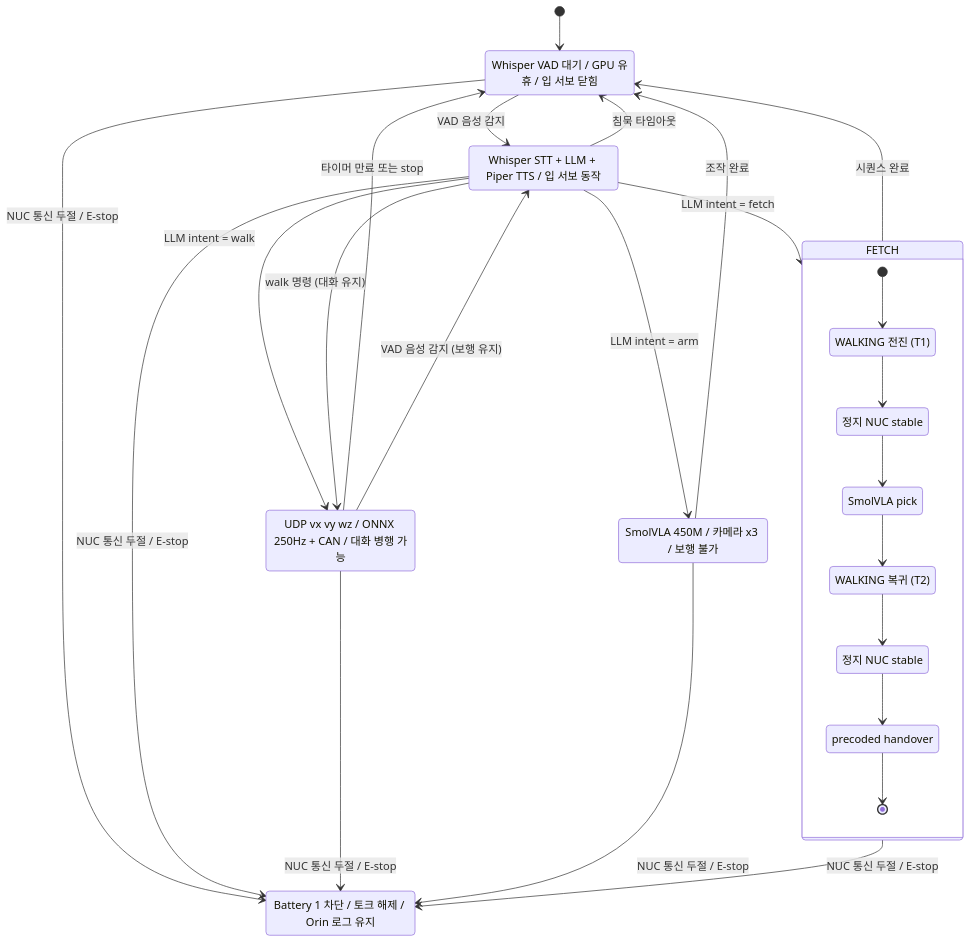
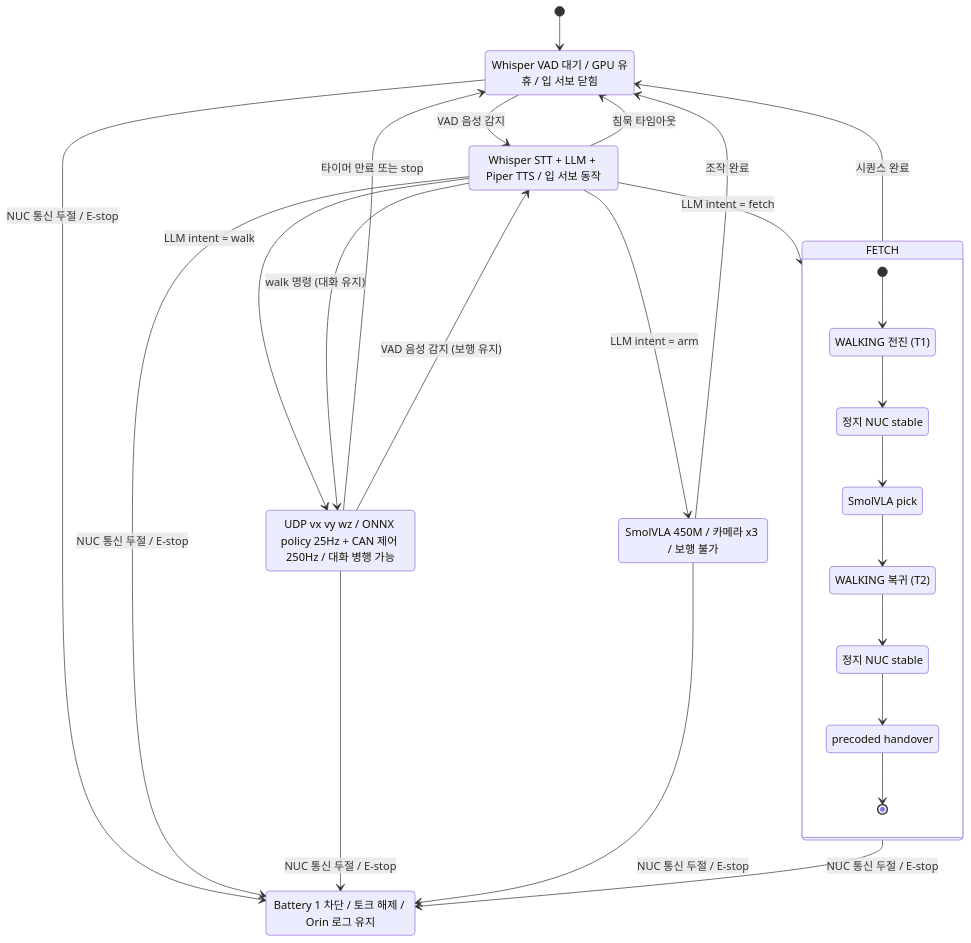
One commit to henryhjna/hylion-3d-guide changed the diagram in public/assets/docs/state_machine.md. Above: the diagram before and after it, drawn with Mermaid. The commit also changed other lines of this file and 29 other files, not shown here.

````diff
--- a/public/assets/docs/state_machine.md
+++ b/public/assets/docs/state_machine.md
@@ -5,48 +5,48 @@
 ```mermaid
 stateDiagram-v2
     [*] --> IDLE
 
     IDLE : Whisper VAD 대기 / GPU 유휴 / 입 서보 닫힘
     TALKING : Whisper STT + LLM + Piper TTS / 입 서보 동작
-    WALKING : UDP vx vy wz / ONNX 250Hz + CAN / 대화 병행 가능
+    WALKING : UDP vx vy wz / ONNX policy 25Hz + CAN 제어 250Hz / 대화 병행 가능
     MANIPULATING : SmolVLA 450M / 카메라 x3 / 보행 불가
     EMERGENCY : Battery 1 차단 / 토크 해제 / Orin 로그 유지
 
     IDLE --> TALKING : VAD 음성 감지
     TALKING --> IDLE : 침묵 타임아웃
 
     TALKING --> WALKING : LLM intent = walk
     TALKING --> MANIPULATING : LLM intent = arm
     TALKING --> FETCH : LLM intent = fetch
 
     WALKING --> IDLE : 타이머 만료 또는 stop
     MANIPULATING --> IDLE : 조작 완료
 
     WALKING --> TALKING : VAD 음성 감지 (보행 유지)
     TALKING --> WALKING : walk 명령 (대화 유지)
 
     IDLE --> EMERGENCY : NUC 통신 두절 / E-stop
     TALKING --> EMERGENCY : NUC 통신 두절 / E-stop
     WALKING --> EMERGENCY : NUC 통신 두절 / E-stop
     MANIPULATING --> EMERGENCY : NUC 통신 두절 / E-stop
     FETCH --> EMERGENCY : NUC 통신 두절 / E-stop
 
     state FETCH {
         FW1 : WALKING 전진 (T1)
         FS1 : 정지 NUC stable
         FM1 : SmolVLA pick
         FW2 : WALKING 복귀 (T2)
         FS2 : 정지 NUC stable
         FM2 : precoded handover
 
         [*] --> FW1
         FW1 --> FS1
         FS1 --> FM1
         FM1 --> FW2
         FW2 --> FS2
         FS2 --> FM2
         FM2 --> [*]
     }
 
     FETCH --> IDLE : 시퀀스 완료
 ```
````
